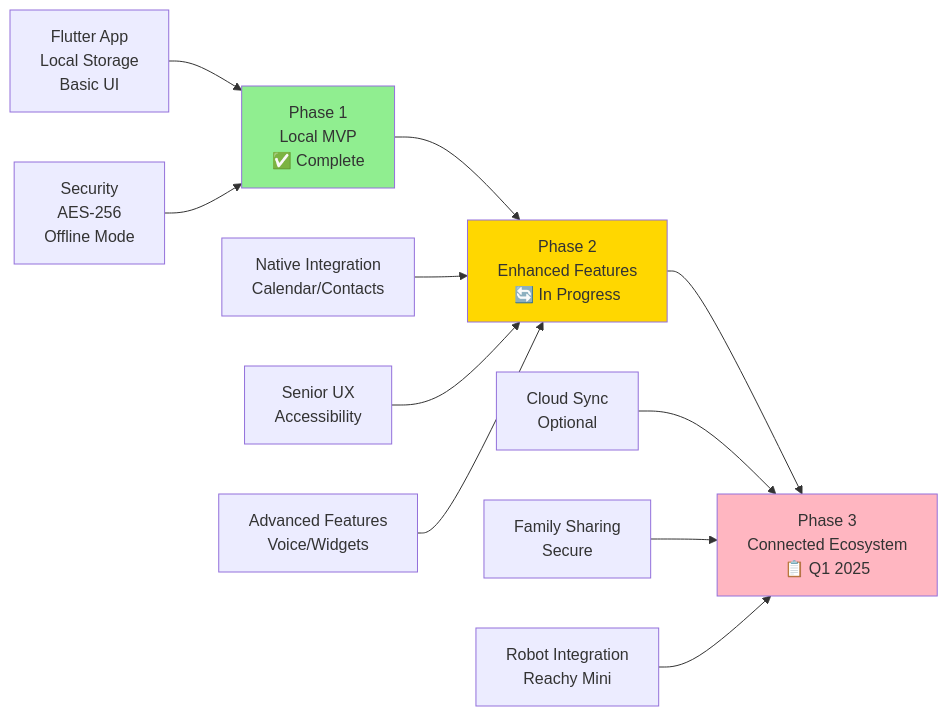
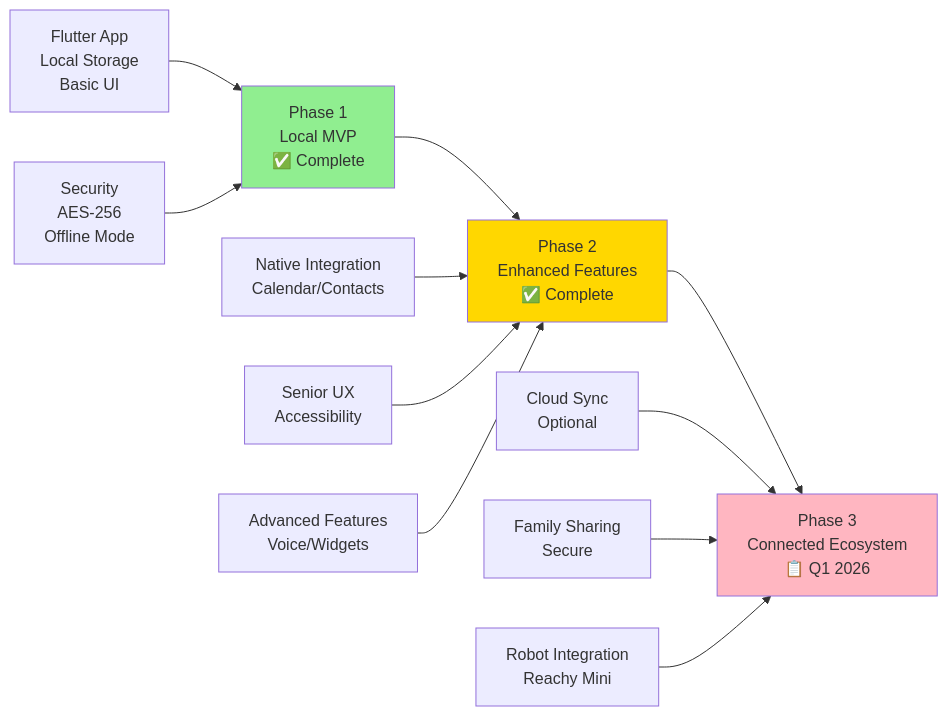
Before and after one commit to arkalia-luna-system/arkalia-cia: the second of 2 diagrams in README.md, drawn with Mermaid. The commit also changed other lines of this file and 8 other files, not shown here.

````diff
--- a/README.md
+++ b/README.md
@@ -289,20 +289,20 @@
 ```mermaid
 graph LR
-    A[Phase 1<br/>Local MVP<br/>✅ Complete] --> B[Phase 2<br/>Enhanced Features<br/>🔄 In Progress]
-    B --> C[Phase 3<br/>Connected Ecosystem<br/>📋 Q1 2025]
+    A[Phase 1<br/>Local MVP<br/>✅ Complete] --> B[Phase 2<br/>Enhanced Features<br/>✅ Complete]
+    B --> C[Phase 3<br/>Connected Ecosystem<br/>📋 Q1 2026]
 
     A1[Flutter App<br/>Local Storage<br/>Basic UI] --> A
     A2[Security<br/>AES-256<br/>Offline Mode] --> A
 
     B1[Native Integration<br/>Calendar/Contacts] --> B
     B2[Senior UX<br/>Accessibility] --> B
     B3[Advanced Features<br/>Voice/Widgets] --> B
 
     C1[Cloud Sync<br/>Optional] --> C
     C2[Family Sharing<br/>Secure] --> C
     C3[Robot Integration<br/>Reachy Mini] --> C
 
     style A fill:#90EE90
     style B fill:#FFD700
     style C fill:#FFB6C1
 ```
````
